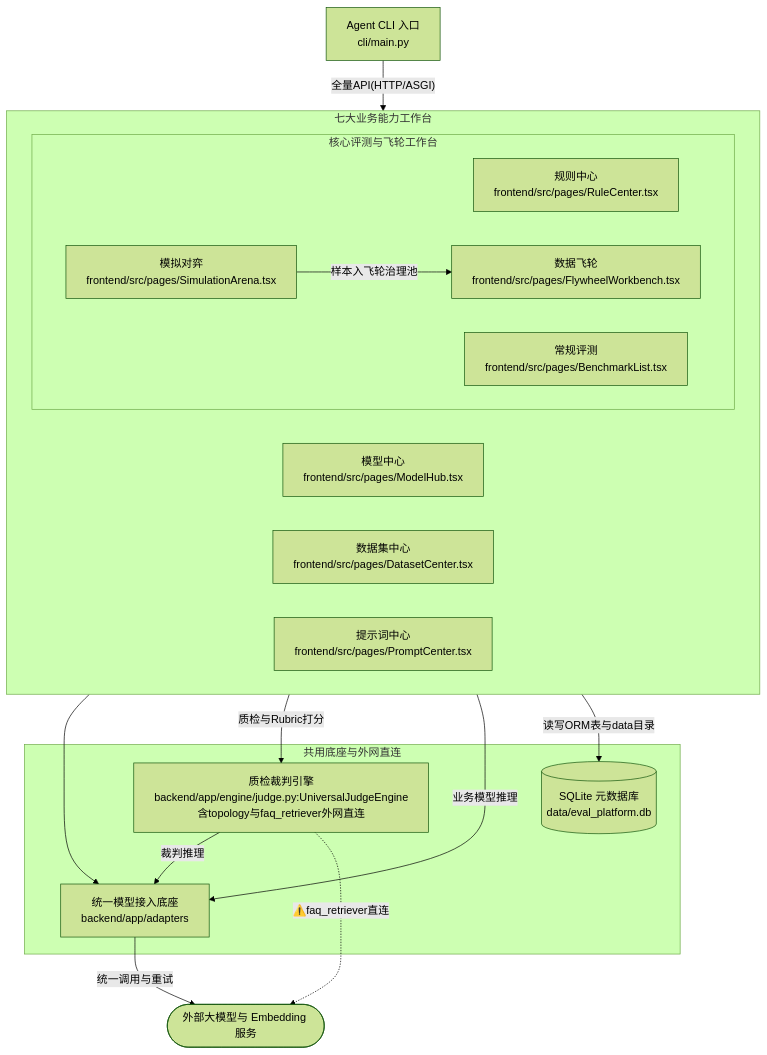
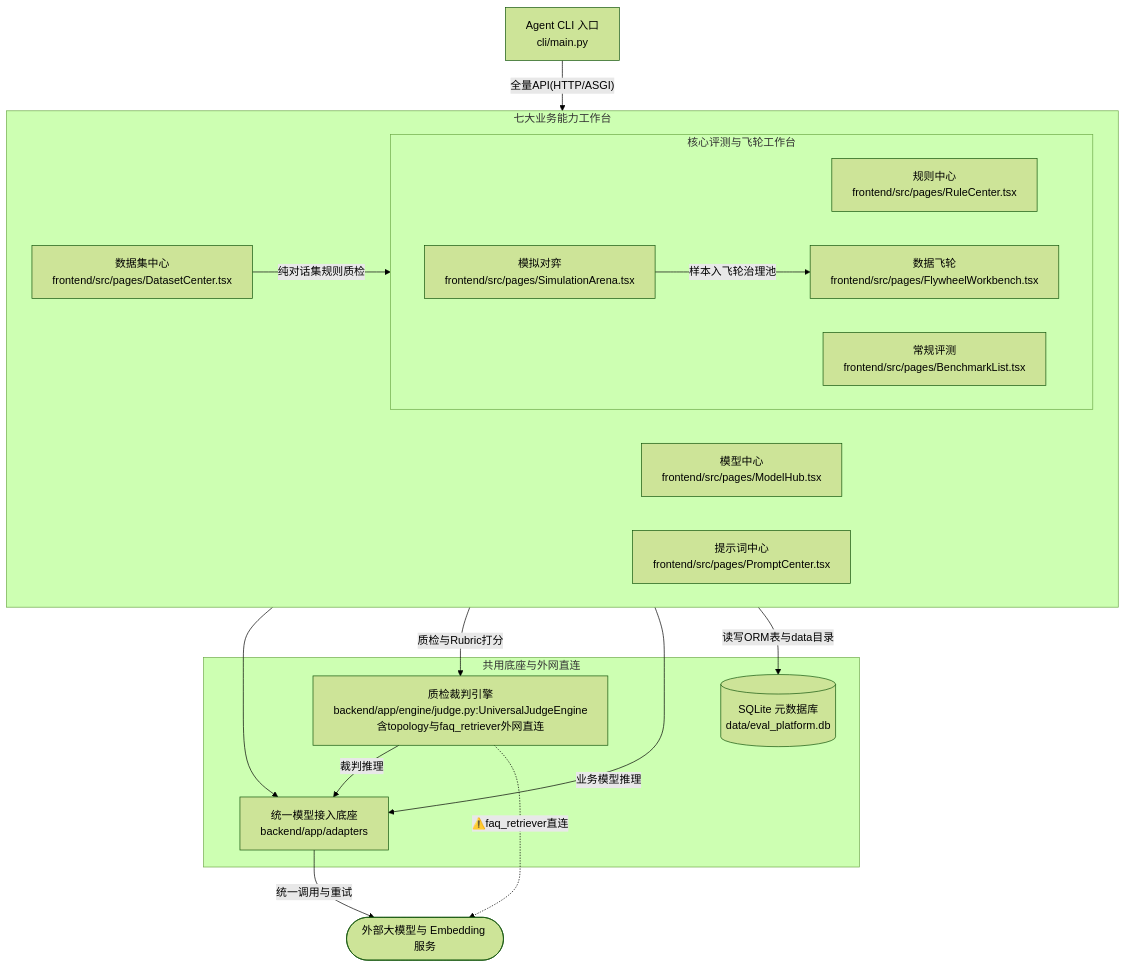
The diagram in docs/map/L1-overview.mmd (sharmt1411/eval-platform), drawn with Mermaid (forest theme) before and after one commit. The commit also changed 30 other files, not shown here.

```diff
--- a/docs/map/L1-overview.mmd
+++ b/docs/map/L1-overview.mmd
@@ -1,39 +1,40 @@
 %% title: 系统架构全景图 (L1)
 %% link: cli -> L2-cli.mmd
 %% link: sqlite_db -> L2-dataset_center.mmd
 flowchart TB
   cli["Agent CLI 入口\ncli/main.py"]
 
   subgraph sg_caps["七大业务能力工作台"]
     direction LR
     model_hub["模型中心\nfrontend/src/pages/ModelHub.tsx"]
     dataset_center["数据集中心\nfrontend/src/pages/DatasetCenter.tsx"]
     prompt_center["提示词中心\nfrontend/src/pages/PromptCenter.tsx"]
     subgraph sg_judge_users["核心评测与飞轮工作台"]
       direction LR
       rule_center["规则中心\nfrontend/src/pages/RuleCenter.tsx"]
       benchmark["常规评测\nfrontend/src/pages/BenchmarkList.tsx"]
       simulation["模拟对弈\nfrontend/src/pages/SimulationArena.tsx"]
       flywheel["数据飞轮\nfrontend/src/pages/FlywheelWorkbench.tsx"]
     end
   end
 
   subgraph sg_infra["共用底座与外网直连"]
     judge_engine["质检裁判引擎\nbackend/app/engine/judge.py:UniversalJudgeEngine\n含topology与faq_retriever外网直连"]
     adapters["统一模型接入底座\nbackend/app/adapters"]
     sqlite_db[("SQLite 元数据库\ndata/eval_platform.db")]
   end
 
   ext_services(["外部大模型与 Embedding 服务"])
 
   cli -->|"全量API(HTTP/ASGI)"| sg_caps
 
   model_hub --> adapters
   sg_judge_users -->|"质检与Rubric打分"| judge_engine
   sg_judge_users -->|"业务模型推理"| adapters
   judge_engine -->|"裁判推理"| adapters
   simulation -->|"样本入飞轮治理池"| flywheel
+  dataset_center -->|"纯对话集规则质检"| flywheel
 
   adapters -->|"统一调用与重试"| ext_services
   judge_engine -.->|"⚠️faq_retriever直连"| ext_services
   sg_caps -->|"读写ORM表与data目录"| sqlite_db
```
